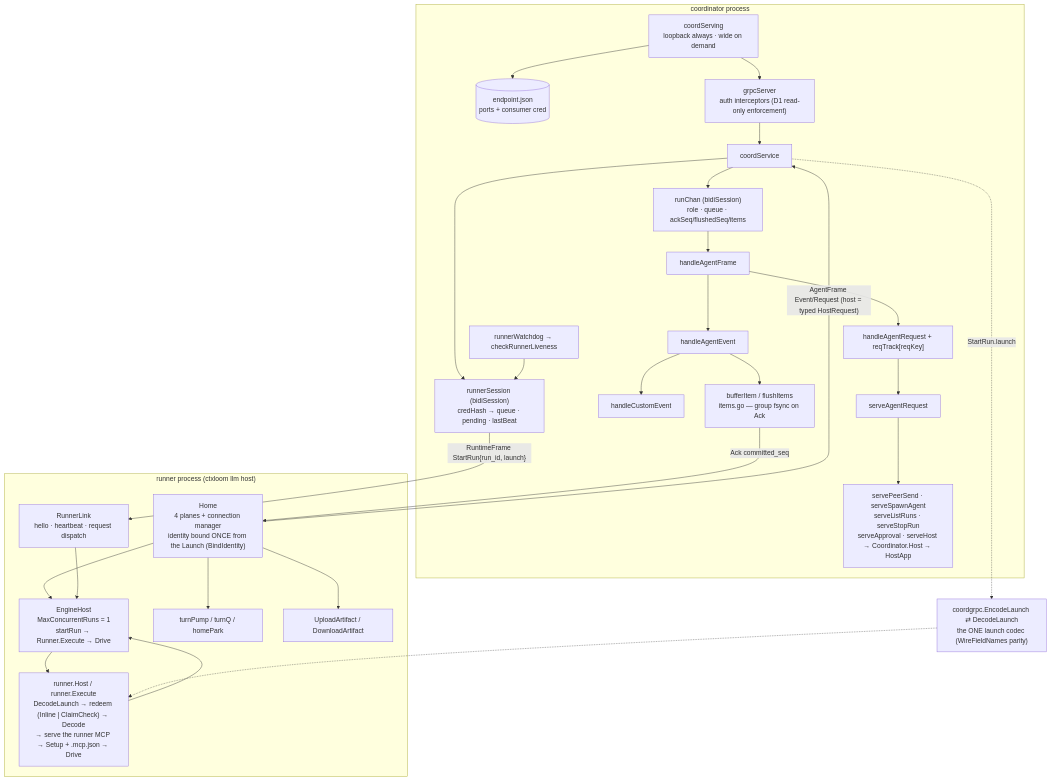
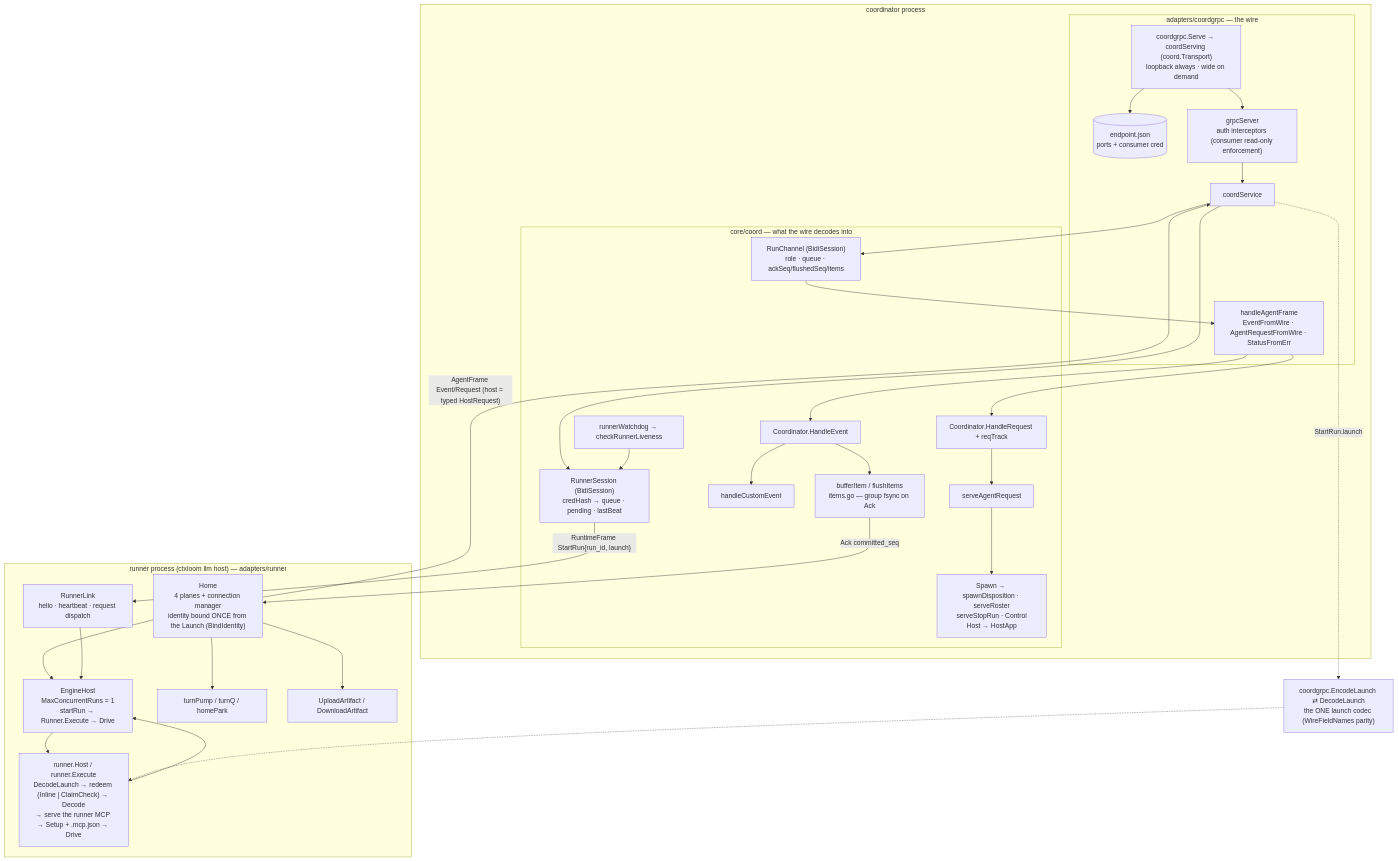
The diagram in docs/architecture/agentcoord/transport.md (ctxloom/ctxloom), drawn with Mermaid before and after one commit. The commit also changed other lines of this file and 5 other files, not shown here.

First line of the commit message:
docs(arch): the package map, the bus and the agentcoord graphs at the landed state

````diff
--- a/docs/architecture/agentcoord/transport.md
+++ b/docs/architecture/agentcoord/transport.md
@@ -14,44 +20,48 @@
 ```mermaid
 flowchart TD
   subgraph coordinator["coordinator process"]
-    SRV["coordServing<br/>loopback always · wide on demand"]
-    EP[("endpoint.json<br/>ports + consumer cred")]
-    GS["grpcServer<br/>auth interceptors (D1 read-only enforcement)"]
-    CS["coordService"]
-    RSESS["runnerSession (bidiSession)<br/>credHash → queue · pending · lastBeat"]
-    WD["runnerWatchdog → checkRunnerLiveness"]
-    CH["runChan (bidiSession)<br/>role · queue · ackSeq/flushedSeq/items"]
-    HAF["handleAgentFrame"]
-    HAE["handleAgentEvent"]
-    HCE["handleCustomEvent"]
-    HAR["handleAgentRequest + reqTrack[reqKey]"]
-    SAR["serveAgentRequest"]
-    VERBS["servePeerSend · serveSpawnAgent<br/>serveListRuns · serveStopRun<br/>serveApproval · serveHost → Coordinator.Host → HostApp"]
-    ITEMS["bufferItem / flushItems<br/>items.go — group fsync on Ack"]
+    subgraph cgrpc["adapters/coordgrpc — the wire"]
+      SRV["coordgrpc.Serve → coordServing (coord.Transport)<br/>loopback always · wide on demand"]
+      EP[("endpoint.json<br/>ports + consumer cred")]
+      GS["grpcServer<br/>auth interceptors (consumer read-only enforcement)"]
+      CS["coordService"]
+      HAF["handleAgentFrame<br/>EventFromWire · AgentRequestFromWire · StatusFromErr"]
+    end
+    subgraph ccore["core/coord — what the wire decodes into"]
+      RSESS["RunnerSession (BidiSession)<br/>credHash → queue · pending · lastBeat"]
+      WD["runnerWatchdog → checkRunnerLiveness"]
+      CH["RunChannel (BidiSession)<br/>role · queue · ackSeq/flushedSeq/items"]
+      HAE["Coordinator.HandleEvent"]
+      HCE["handleCustomEvent"]
+      HAR["Coordinator.HandleRequest + reqTrack"]
+      SAR["serveAgentRequest"]
+      VERBS["Spawn → spawnDisposition · serveRoster<br/>serveStopRun · Control<br/>Host → HostApp"]
+      ITEMS["bufferItem / flushItems<br/>items.go — group fsync on Ack"]
+    end
     SRV --> EP
     SRV --> GS --> CS
     CS --> RSESS
     CS --> CH --> HAF --> HAE --> HCE
     HAE --> ITEMS
     HAF --> HAR --> SAR --> VERBS
     WD --> RSESS
   end
-  subgraph runner["runner process (ctxloom llm host)"]
+  subgraph runner["runner process (ctxloom llm host) — adapters/runner"]
     HOME["Home<br/>4 planes + connection manager<br/>identity bound ONCE from the Launch (BindIdentity)"]
     RL["RunnerLink<br/>hello · heartbeat · request dispatch"]
     EH["EngineHost<br/>MaxConcurrentRuns = 1<br/>startRun → Runner.Execute → Drive"]
     RUN["runner.Host / runner.Execute<br/>DecodeLaunch → redeem (Inline | ClaimCheck) → Decode<br/>→ serve the runner MCP → Setup + .mcp.json → Drive"]
     TP["turnPump / turnQ / homePark"]
     HA["UploadArtifact / DownloadArtifact"]
     HOME --> TP
     HOME --> HA
     HOME --> EH
     RL --> EH
     EH --> RUN --> EH
   end
   CODEC["coordgrpc.EncodeLaunch ⇄ DecodeLaunch<br/>the ONE launch codec (WireFieldNames parity)"]
   RSESS -->|"RuntimeFrame StartRun{run_id, launch}"| RL
   HOME -->|"AgentFrame Event/Request (host = typed HostRequest)"| CS
   ITEMS -->|"Ack committed_seq"| HOME
   CS -.->|"StartRun.launch"| CODEC -.-> RUN
 ```
````
